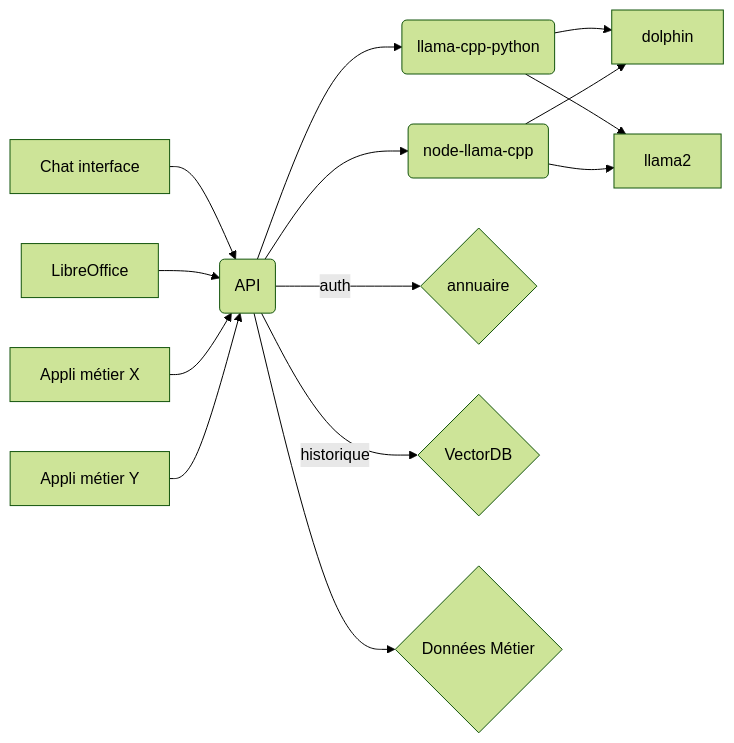
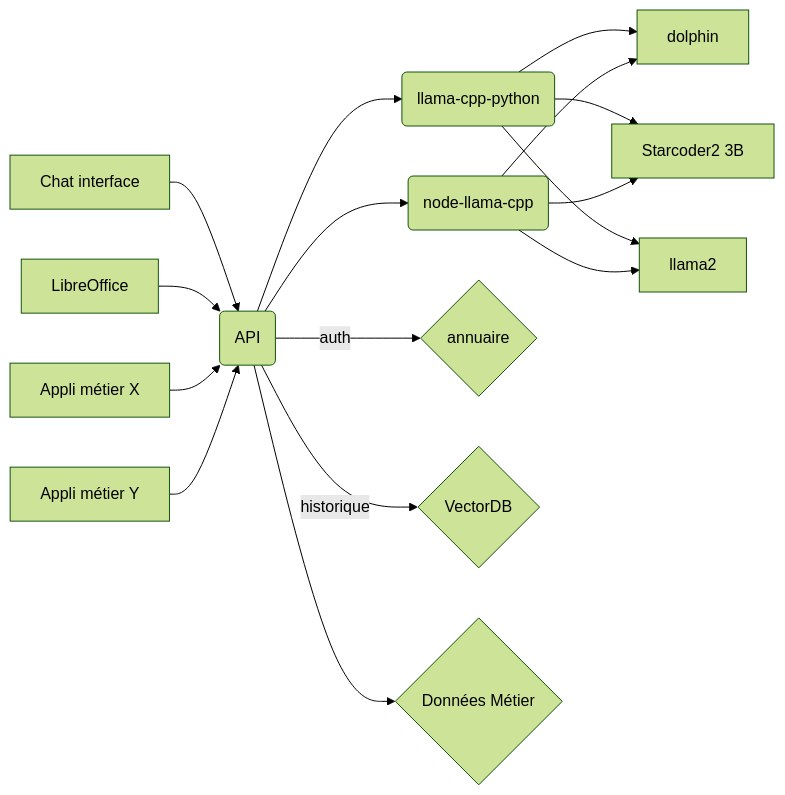
Before and after one commit to scenaristeur/igora-reloaded: the diagram in README.md, drawn with Mermaid (forest theme). The commit also changed 3 other files, not shown here.

````diff
--- a/README.md
+++ b/README.md
@@ -3,19 +3,23 @@
 ```mermaid
 
 graph LR
     A[Chat interface] --> B(API)
     B --> C(llama-cpp-python)
     C --> D[dolphin]
+    C --> M[Starcoder2 3B]
+    I --> M[Starcoder2 3B]
     C --> E[llama2]
     F[LibreOffice] --> B
     G[Appli métier X] --> B
     H[Appli métier Y] --> B
     B --> I(node-llama-cpp)
     I --> D
     I --> E
     
     B --auth--> J{annuaire}
     B --historique --> K{VectorDB}
     B --> L{Données Métier}
 
+
+
 ```
````
